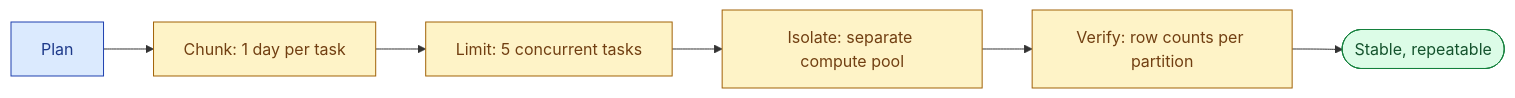
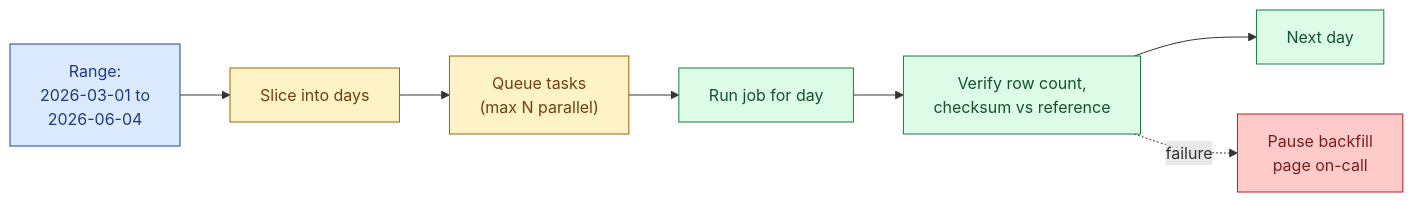
One commit to shiningflash/shiningflash.github.io changed the second of 2 diagrams in _de_concepts/026-backfill-strategies.md. Above: the diagram before and after it, drawn with Mermaid. The commit also changed other lines of this file and 69 other files, not shown here.

````diff
--- a/_de_concepts/026-backfill-strategies.md
+++ b/_de_concepts/026-backfill-strategies.md
@@ -12,12 +46,14 @@
 ```mermaid
 flowchart LR
-    P["Plan"]:::a --> Chunk["Chunk: 1 day per task"]:::b
-    Chunk --> Limit["Limit: 5 concurrent tasks"]:::b
-    Limit --> Isolate["Isolate: separate compute pool"]:::b
-    Isolate --> Verify["Verify: row counts per partition"]:::b
-    Verify --> Done(["Stable, repeatable"]):::g
+    Range["Range:<br/>2026-03-01 to<br/>2026-06-04"]:::a --> Slice["Slice into days"]:::y
+    Slice --> Queue["Queue tasks<br/>(max N parallel)"]:::y
+    Queue --> Run["Run job for day"]:::g
+    Run --> Verify["Verify row count,<br/>checksum vs reference"]:::g
+    Verify --> Next["Next day"]:::g
+    Verify -.->|"failure"| Pause["Pause backfill<br/>page on-call"]:::r
 
     classDef a fill:#dbeafe,stroke:#1e40af,color:#1e3a8a
-    classDef b fill:#fef3c7,stroke:#a16207,color:#713f12
+    classDef y fill:#fef3c7,stroke:#a16207,color:#713f12
     classDef g fill:#dcfce7,stroke:#15803d,color:#14532d
+    classDef r fill:#fecaca,stroke:#b91c1c,color:#7f1d1d
 ```
````
